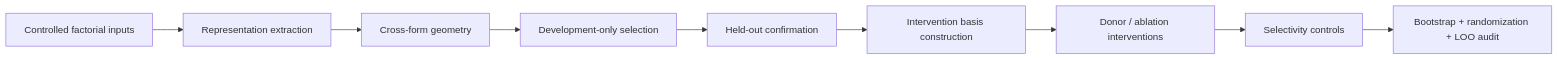
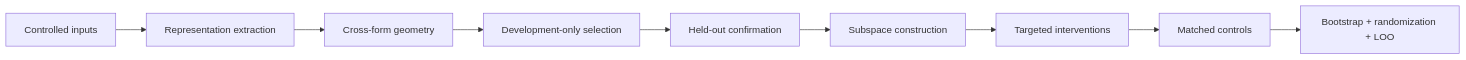
Before and after one commit to Yanlu-Zhong/ContextShift: the diagram in README.md, drawn with Mermaid. The commit also changed other lines of this file, not shown here.

````diff
--- a/README.md
+++ b/README.md
@@ -13,11 +9,11 @@
 ```mermaid
 flowchart LR
-    A[Controlled factorial inputs] --> B[Representation extraction]
+    A[Controlled inputs] --> B[Representation extraction]
     B --> C[Cross-form geometry]
     C --> D[Development-only selection]
     D --> E[Held-out confirmation]
-    E --> F[Intervention basis construction]
-    F --> G[Donor / ablation interventions]
-    G --> H[Selectivity controls]
-    H --> I[Bootstrap + randomization + LOO audit]
+    E --> F[Subspace construction]
+    F --> G[Targeted interventions]
+    G --> H[Matched controls]
+    H --> I[Bootstrap + randomization + LOO]
 ```
````
